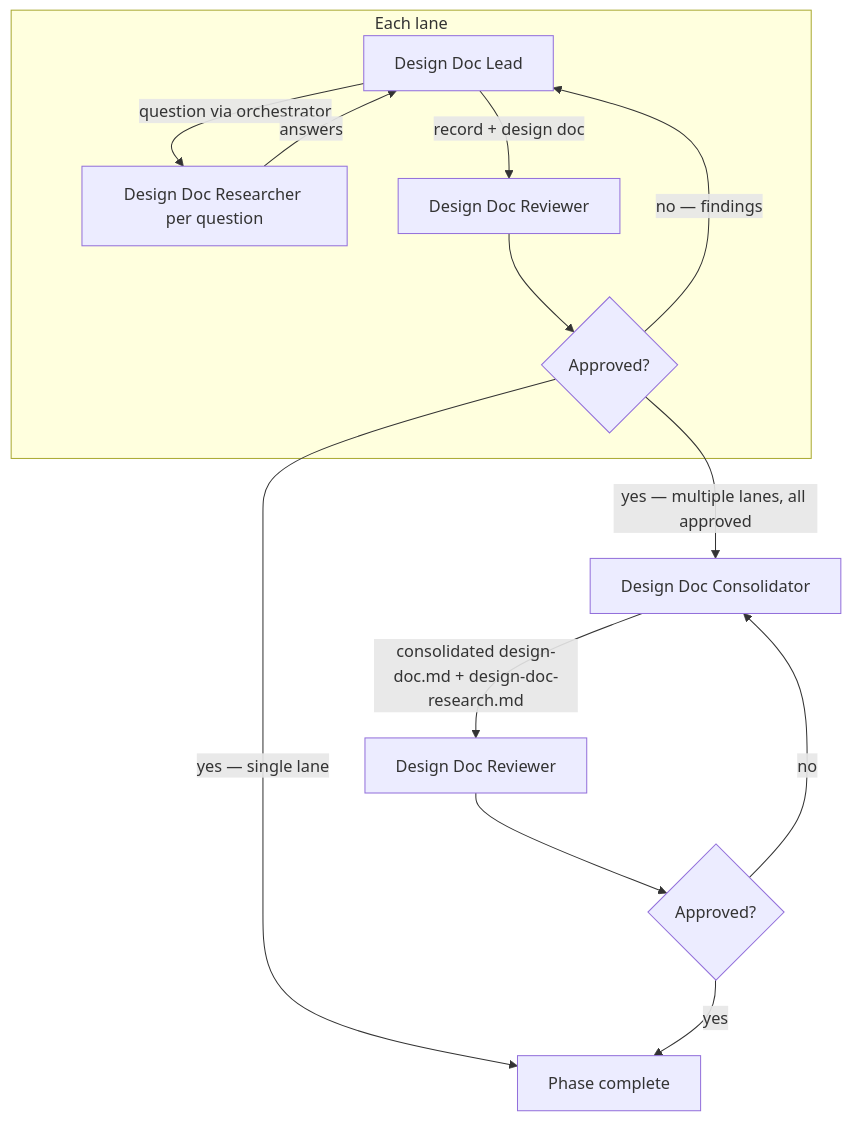
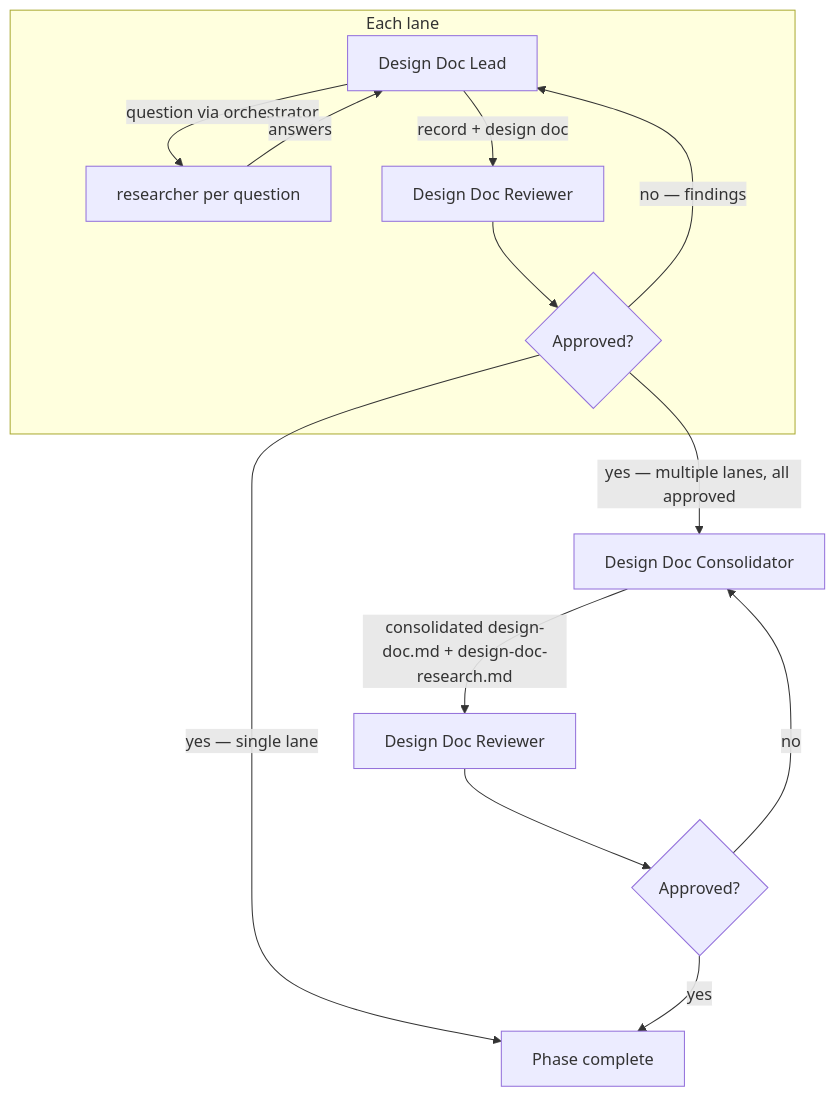
The diagram in skills/radical-pipelines/reference/autonomous-phases/2 - design-doc.md (Automattic/radical-pipelines), drawn with Mermaid before and after one commit. The commit also changed 28 other files, not shown here.

````diff
--- a/skills/radical-pipelines/reference/autonomous-phases/2 - design-doc.md
+++ b/skills/radical-pipelines/reference/autonomous-phases/2 - design-doc.md
@@ -64,16 +64,16 @@
 ```mermaid
 flowchart TD
     subgraph lane [Each lane]
-        B[Design Doc Lead] -->|question via orchestrator| C[Design Doc Researcher per question]
+        B[Design Doc Lead] -->|question via orchestrator| C[researcher per question]
         C -->|answers| B
         B -->|record + design doc| E[Design Doc Reviewer]
         E --> F{Approved?}
         F -->|no — findings| B
     end
     F -->|"yes — single lane"| K[Phase complete]
     F -->|"yes — multiple lanes, all approved"| H[Design Doc Consolidator]
     H -->|consolidated design-doc.md + design-doc-research.md| I[Design Doc Reviewer]
     I --> J{Approved?}
     J -->|no| H
     J -->|yes| K
 ```
````
